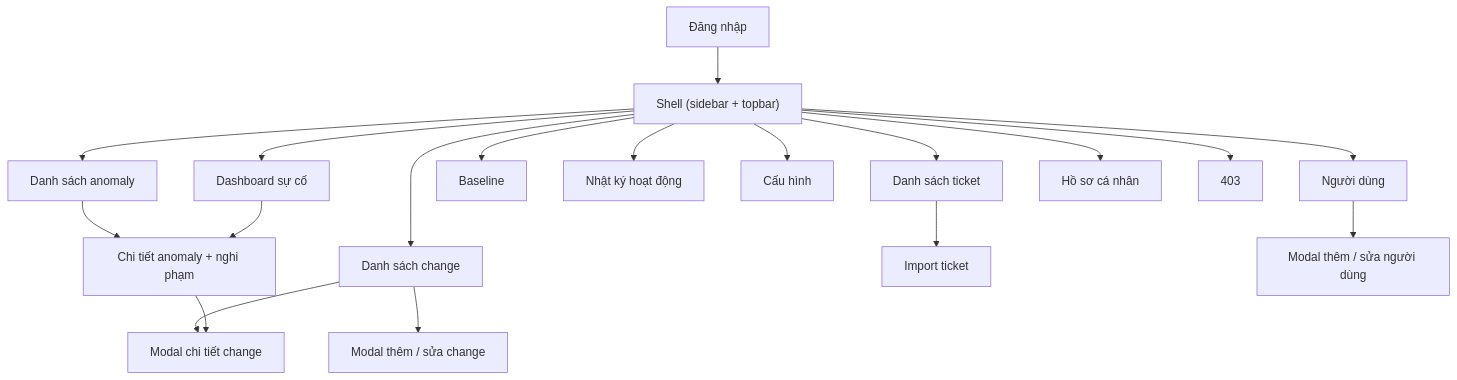
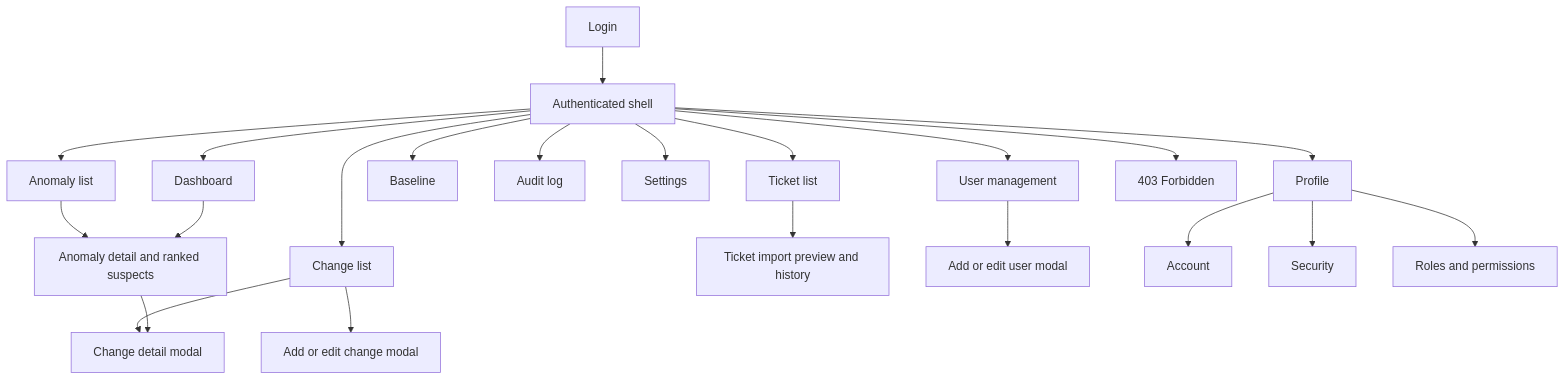
Before and after one commit to DuykoNgu/practise: the first of 2 diagrams in docs/04-information-architecture.md, drawn with Mermaid. The commit also changed other lines of this file and 5 other files, not shown here.

````diff
--- a/docs/04-information-architecture.md
+++ b/docs/04-information-architecture.md
@@ -105,21 +117,24 @@
 ```mermaid
 flowchart TB
-    Login["Đăng nhập"] --> Shell["Shell (sidebar + topbar)"]
-    Shell --> Dash["Dashboard sự cố"]
-    Shell --> Anom["Danh sách anomaly"]
-    Anom --> AnomDetail["Chi tiết anomaly + nghi phạm"]
-    Dash --> AnomDetail
-    Shell --> Chg["Danh sách change"]
-    Chg --> ChgForm["Modal thêm / sửa change"]
-    Chg --> ChgDetail["Modal chi tiết change"]
-    AnomDetail --> ChgDetail
-    Shell --> Tkt["Danh sách ticket"]
-    Tkt --> Imp["Import ticket"]
-    Shell --> Base["Baseline"]
-    Shell --> Audit["Nhật ký hoạt động"]
-    Shell --> Cfg["Cấu hình"]
-    Shell --> Users["Người dùng"]
-    Users --> UserForm["Modal thêm / sửa người dùng"]
-    Shell --> Profile["Hồ sơ cá nhân"]
-    Shell --> Forbidden["403"]
+    Login["Login"] --> Shell["Authenticated shell"]
+    Shell --> Dashboard["Dashboard"]
+    Shell --> Anomalies["Anomaly list"]
+    Anomalies --> AnomalyDetail["Anomaly detail and ranked suspects"]
+    Dashboard --> AnomalyDetail
+    Shell --> Changes["Change list"]
+    Changes --> ChangeForm["Add or edit change modal"]
+    Changes --> ChangeDetail["Change detail modal"]
+    AnomalyDetail --> ChangeDetail
+    Shell --> Tickets["Ticket list"]
+    Tickets --> Import["Ticket import preview and history"]
+    Shell --> Baseline["Baseline"]
+    Shell --> Audit["Audit log"]
+    Shell --> Settings["Settings"]
+    Shell --> Users["User management"]
+    Users --> UserForm["Add or edit user modal"]
+    Shell --> Profile["Profile"]
+    Profile --> Account["Account"]
+    Profile --> Security["Security"]
+    Profile --> Permissions["Roles and permissions"]
+    Shell --> Forbidden["403 Forbidden"]
 ```
````
